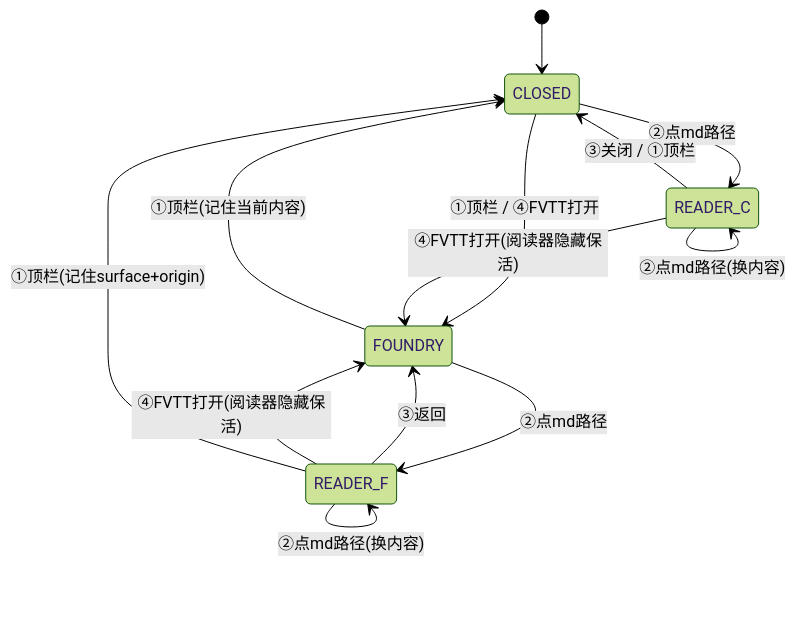
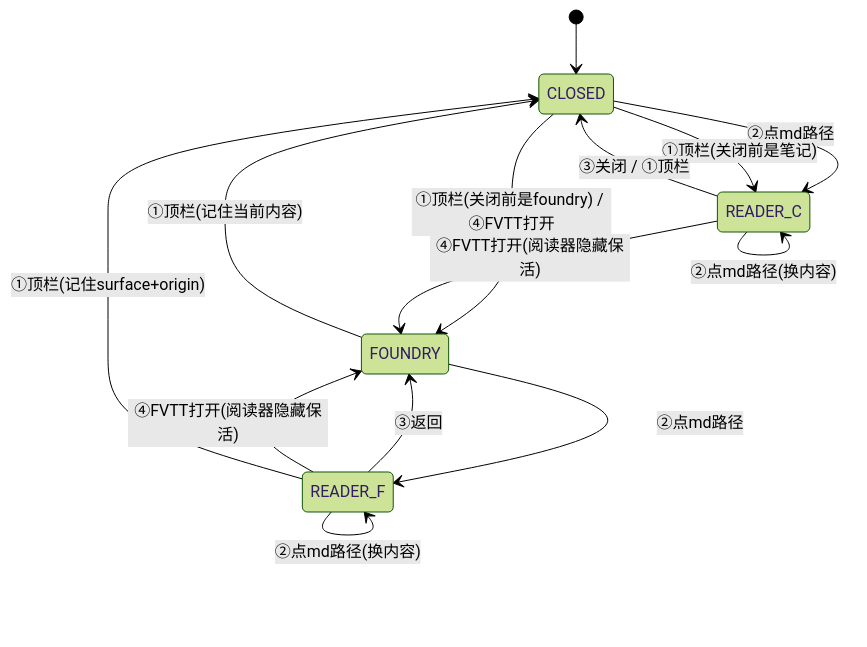
Before and after one commit to tanis90/arcanedesk: the diagram in apps/desktop/docs/md-reader-spec.md, drawn with Mermaid (forest theme). The commit also changed other lines of this file and 4 other files, not shown here.

````diff
--- a/apps/desktop/docs/md-reader-spec.md
+++ b/apps/desktop/docs/md-reader-spec.md
@@ -67,15 +67,16 @@
 ```mermaid
 stateDiagram-v2
     [*] --> CLOSED
-    CLOSED --> FOUNDRY : ①顶栏 / ④FVTT打开
+    CLOSED --> FOUNDRY : ①顶栏(关闭前是foundry) / ④FVTT打开
     CLOSED --> READER_C : ②点md路径
+    CLOSED --> READER_C : ①顶栏(关闭前是笔记)
     FOUNDRY --> CLOSED : ①顶栏(记住当前内容)
     FOUNDRY --> READER_F : ②点md路径
     READER_F --> FOUNDRY : ③返回
     READER_F --> FOUNDRY : ④FVTT打开(阅读器隐藏保活)
     READER_F --> CLOSED : ①顶栏(记住surface+origin)
     READER_F --> READER_F : ②点md路径(换内容)
     READER_C --> CLOSED : ③关闭 / ①顶栏
     READER_C --> FOUNDRY : ④FVTT打开(阅读器隐藏保活)
     READER_C --> READER_C : ②点md路径(换内容)
 ```
````
